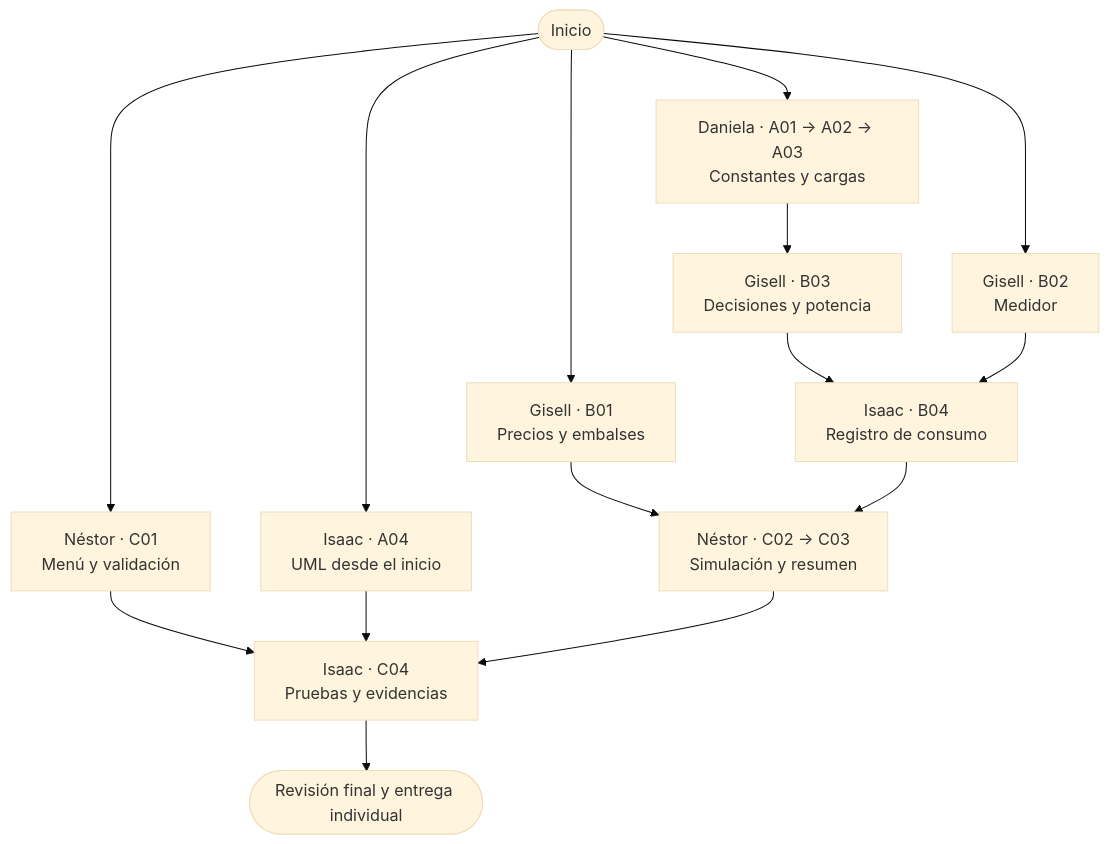
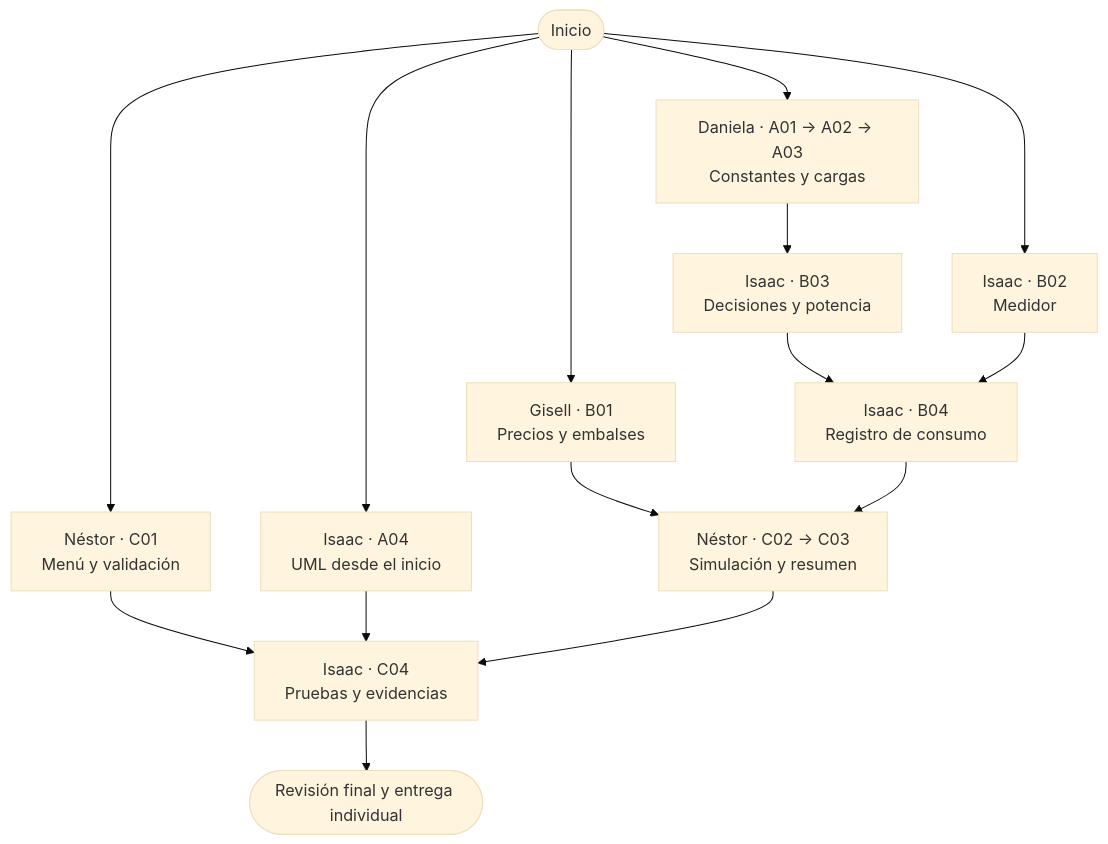
The diagram in README.md (isaactorrenegra-coder/wattcontrol-panaderia-equipo4), drawn with Mermaid (base theme) before and after one commit. The commit also changed other lines of this file and 2 other files, not shown here.

````diff
--- a/README.md
+++ b/README.md
@@ -18,17 +18,17 @@
 ```mermaid
 flowchart TD
     Inicio([Inicio]) --> A["Daniela · A01 → A02 → A03<br/>Constantes y cargas"]
     Inicio --> B1["Gisell · B01<br/>Precios y embalses"]
-    Inicio --> B2["Gisell · B02<br/>Medidor"]
+    Inicio --> B2["Isaac · B02<br/>Medidor"]
     Inicio --> C1["Néstor · C01<br/>Menú y validación"]
     Inicio --> A4["Isaac · A04<br/>UML desde el inicio"]
-    A --> B3["Gisell · B03<br/>Decisiones y potencia"]
+    A --> B3["Isaac · B03<br/>Decisiones y potencia"]
     B3 --> B4["Isaac · B04<br/>Registro de consumo"]
     B2 --> B4
     B1 --> C23["Néstor · C02 → C03<br/>Simulación y resumen"]
     B4 --> C23
     C1 --> C4["Isaac · C04<br/>Pruebas y evidencias"]
     A4 --> C4
     C23 --> C4
     C4 --> Fin([Revisión final y entrega individual])
 ```
````
